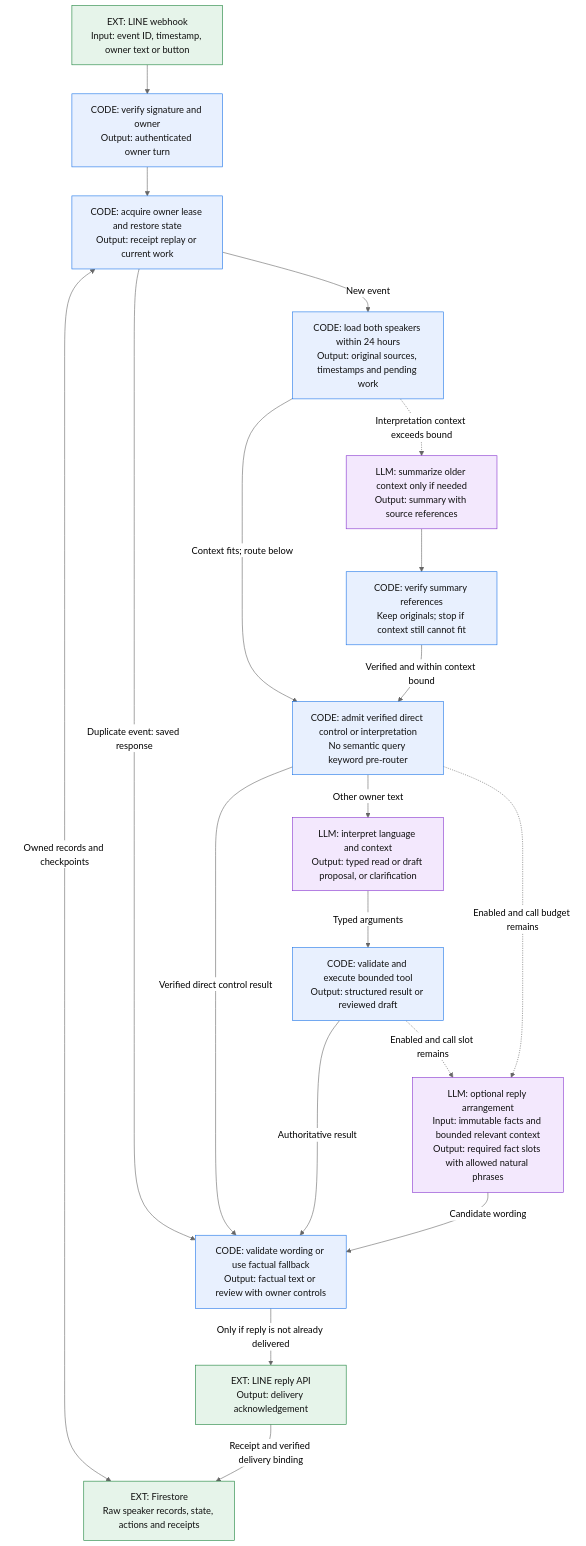
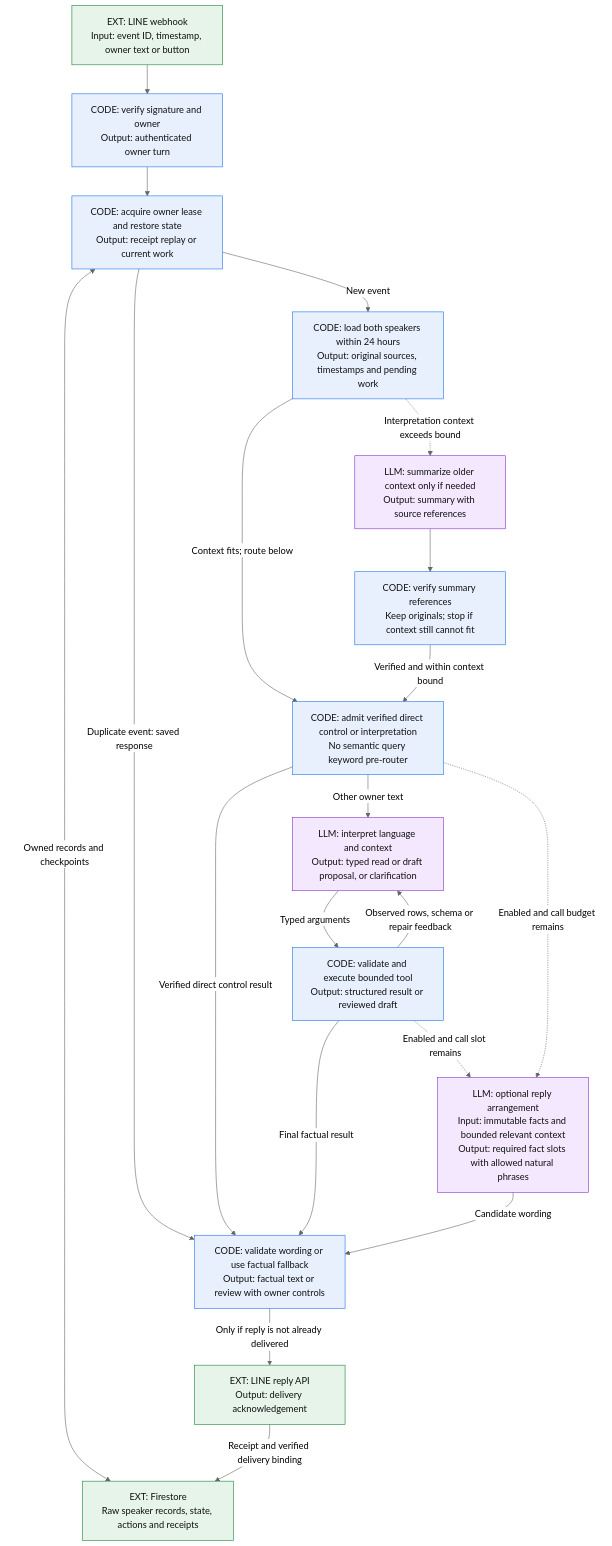
One commit to thanaphatt1/line-personal-assistant changed the first of 5 diagrams in docs/system-flow.md. Above: the diagram before and after it, drawn with Mermaid (neutral theme). The commit also changed other lines of this file and 58 other files, not shown here.

Commit message:
Add schema-driven planning and read-only SQL analysis

````diff
--- a/docs/system-flow.md
+++ b/docs/system-flow.md
@@ -9,36 +9,37 @@
 ```mermaid
 flowchart TD
     Line["EXT: LINE webhook<br/>Input: event ID, timestamp, owner text or button"]:::ext
     Gate["CODE: verify signature and owner<br/>Output: authenticated owner turn"]:::code
     Load["CODE: acquire owner lease and restore state<br/>Output: receipt replay or current work"]:::code
     Store["EXT: Firestore<br/>Raw speaker records, state, actions and receipts"]:::ext
     Context["CODE: load both speakers within 24 hours<br/>Output: original sources, timestamps and pending work"]:::code
     Summary["LLM: summarize older context only if needed<br/>Output: summary with source references"]:::llm
     Check["CODE: verify summary references<br/>Keep originals; stop if context still cannot fit"]:::code
     Route["CODE: admit verified direct control or interpretation<br/>No semantic query keyword pre-router"]:::code
     Interpret["LLM: interpret language and context<br/>Output: typed read or draft proposal, or clarification"]:::llm
     Core["CODE: validate and execute bounded tool<br/>Output: structured result or reviewed draft"]:::code
     Voice["LLM: optional reply arrangement<br/>Input: immutable facts and bounded relevant context<br/>Output: required fact slots with allowed natural phrases"]:::llm
     Reply["CODE: validate wording or use factual fallback<br/>Output: factual text or review with owner controls"]:::code
     Delivery["EXT: LINE reply API<br/>Output: delivery acknowledgement"]:::ext
     Line --> Gate --> Load
     Load <-->|"Owned records and checkpoints"| Store
     Load -->|"New event"| Context
     Load -->|"Duplicate event: saved response"| Reply
     Context -->|"Context fits; route below"| Route
     Context -.->|"Interpretation context exceeds bound"| Summary
     Summary --> Check
     Check -->|"Verified and within context bound"| Route
     Route -->|"Verified direct control result"| Reply
     Route -->|"Other owner text"| Interpret
     Interpret -->|"Typed arguments"| Core
-    Core -->|"Authoritative result"| Reply
+    Core -->|"Final factual result"| Reply
+    Core -->|"Observed rows, schema or repair feedback"| Interpret
     Core -.->|"Enabled and call slot remains"| Voice
     Route -.->|"Enabled and call budget remains"| Voice
     Voice -->|"Candidate wording"| Reply
     Reply -->|"Only if reply is not already delivered"| Delivery
     Delivery -->|"Receipt and verified delivery binding"| Store
     classDef code fill:#E8F0FE,stroke:#1A73E8,color:#111;
     classDef llm fill:#F3E8FD,stroke:#8430CE,color:#111;
     classDef ext fill:#E6F4EA,stroke:#188038,color:#111;
 ```
````
